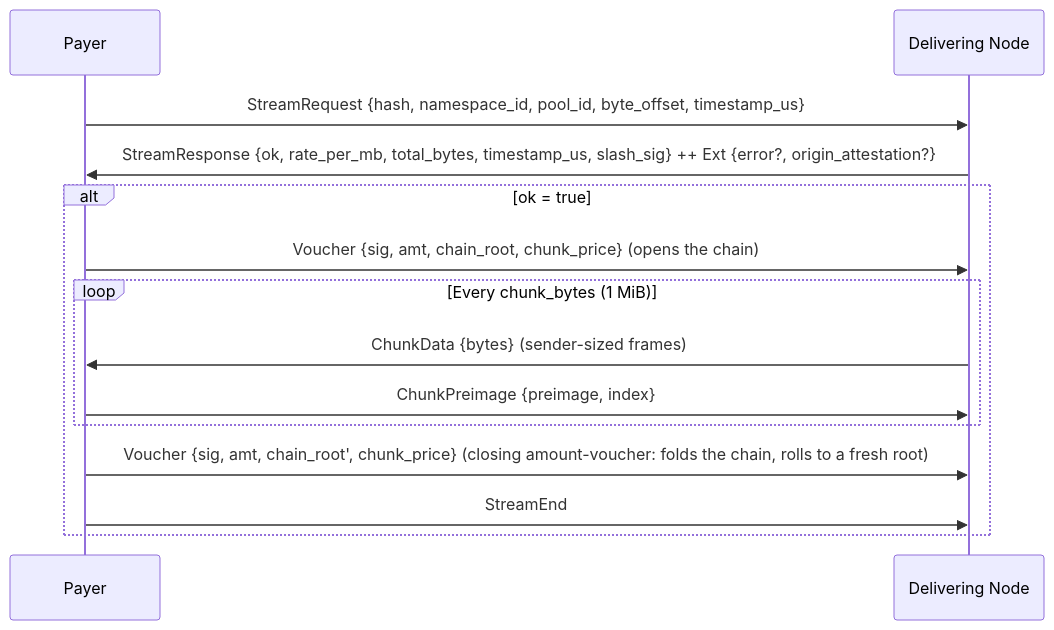
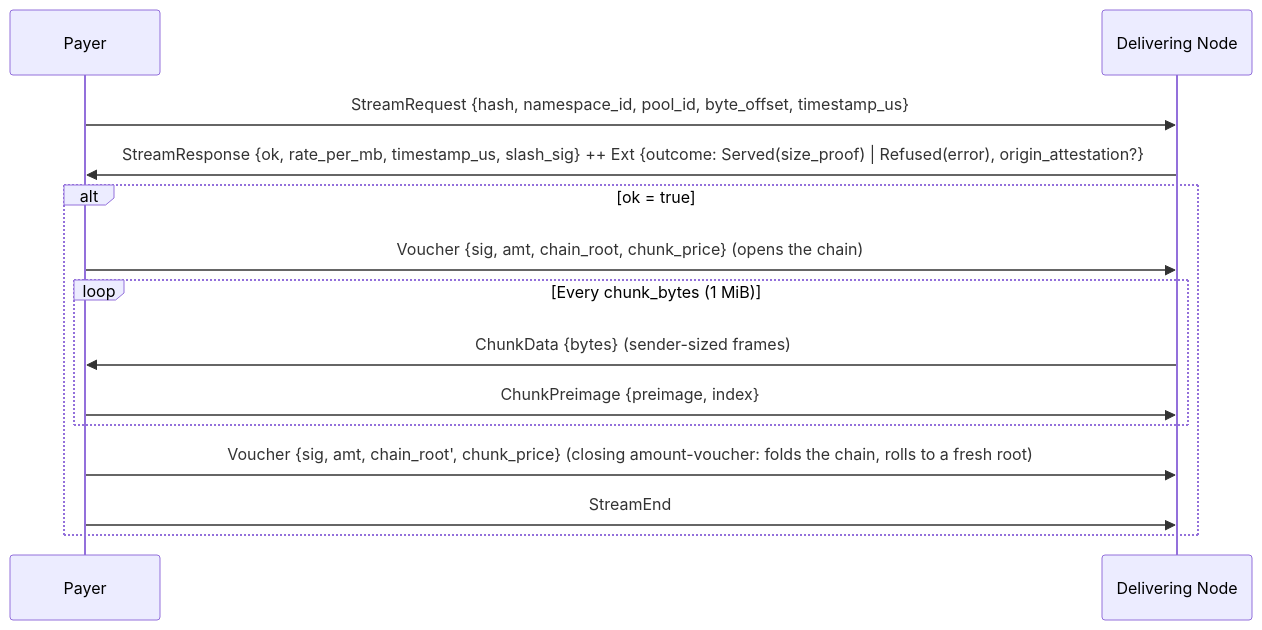
Before and after one commit to decdn/decdn: the second of 3 diagrams in adr/005-protocol.md, drawn with Mermaid. The commit also changed other lines of this file and 135 other files, not shown here.

First line of the commit message:
feat!: the size proof is the only statement of a blob size (#2879) (#2885)

````diff
--- a/adr/005-protocol.md
+++ b/adr/005-protocol.md
@@ -99,18 +99,18 @@
 ```mermaid
 sequenceDiagram
     participant P as Payer
     participant D as Delivering Node
 
     P->>D: StreamRequest {hash, namespace_id, pool_id, byte_offset, timestamp_us}
-    D->>P: StreamResponse {ok, rate_per_mb, total_bytes, timestamp_us, slash_sig} ++ Ext {error?, origin_attestation?}
+    D->>P: StreamResponse {ok, rate_per_mb, timestamp_us, slash_sig} ++ Ext {outcome: Served(size_proof) | Refused(error), origin_attestation?}
 
     alt ok = true
         P->>D: Voucher {sig, amt, chain_root, chunk_price} (opens the chain)
         loop Every chunk_bytes (1 MiB)
             D->>P: ChunkData {bytes} (sender-sized frames)
             P->>D: ChunkPreimage {preimage, index}
         end
         P->>D: Voucher {sig, amt, chain_root', chunk_price} (closing amount-voucher: folds the chain, rolls to a fresh root)
         P->>D: StreamEnd
     end
 ```
````
